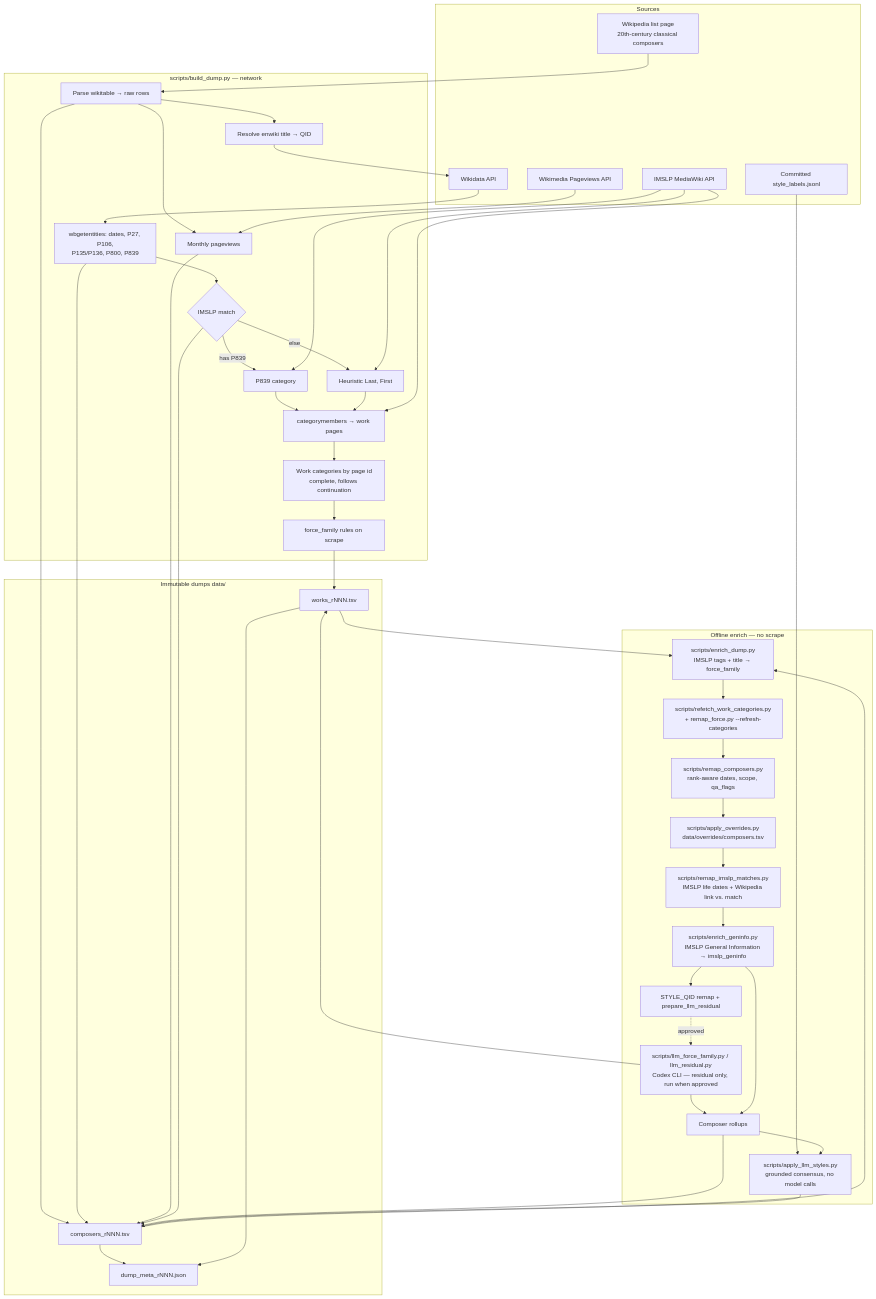
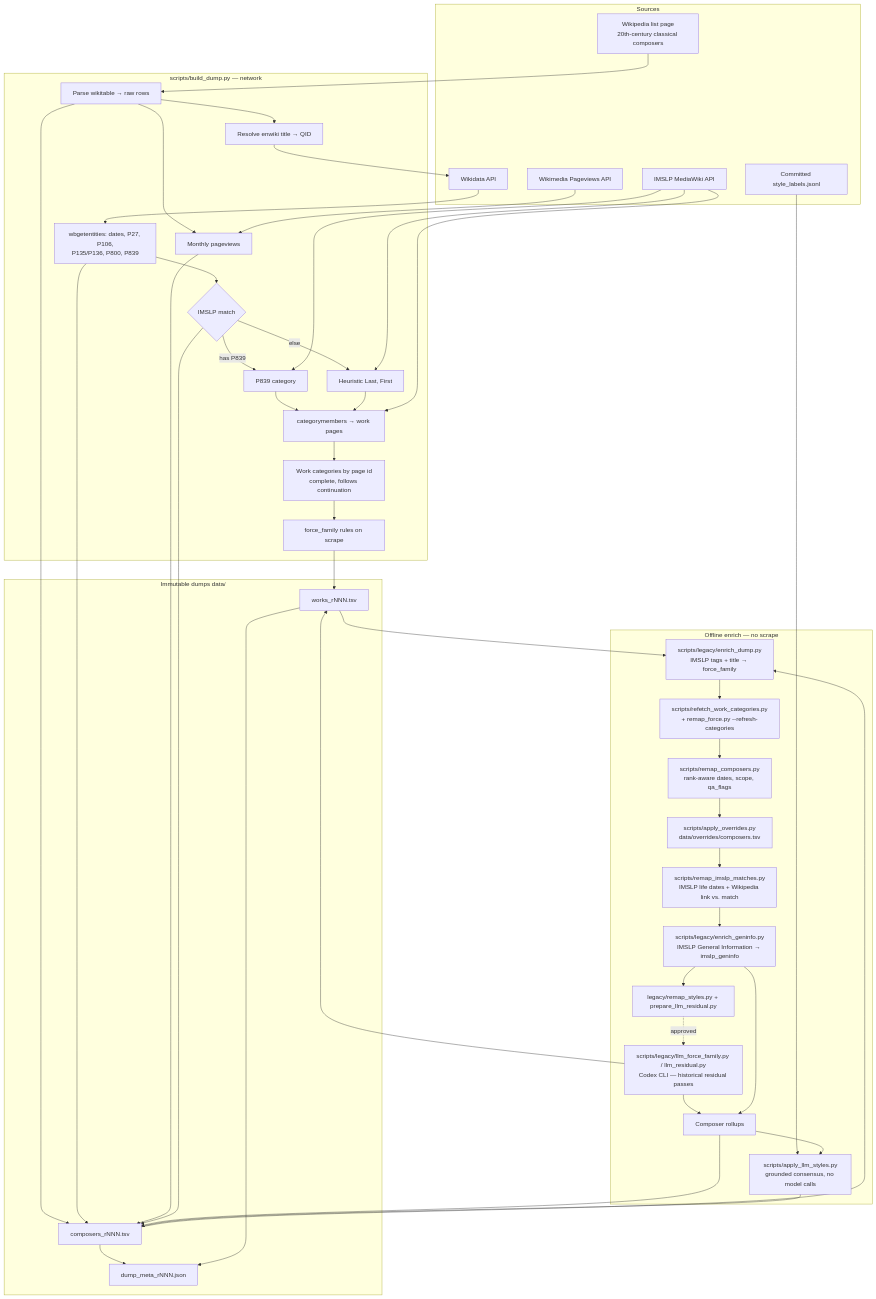
One commit to egorpol/eu-pd-composers changed the first of 2 diagrams in docs/PIPELINE.md. Above: the diagram before and after it, drawn with Mermaid. The commit also changed other lines of this file and 19 other files, not shown here.

First line of the commit message:
Move one-off scripts to scripts/legacy and refresh the docs for r015.

````diff
--- a/docs/PIPELINE.md
+++ b/docs/PIPELINE.md
@@ -7,69 +9,69 @@
 ```mermaid
 flowchart TB
   subgraph sources [Sources]
     WIKI[Wikipedia list page<br/>20th-century classical composers]
     WD[Wikidata API]
     PV[Wikimedia Pageviews API]
     IMSLP[IMSLP MediaWiki API]
     LEDGER[Committed style_labels.jsonl]
   end
 
   subgraph scrape [scripts/build_dump.py — network]
     PARSE[Parse wikitable → raw rows]
     QID[Resolve enwiki title → QID]
     ENRICH[wbgetentities: dates, P27, P106,<br/>P135/P136, P800, P839]
     PAGEVIEWS[Monthly pageviews]
     MATCH{IMSLP match}
     P839[P839 category]
     HEUR[Heuristic Last, First]
     WORKS[categorymembers → work pages]
     CATS[Work categories by page id<br/>complete, follows continuation]
     FF1[force_family rules on scrape]
   end
 
   subgraph offline [Offline enrich — no scrape]
-    ENR[scripts/enrich_dump.py<br/>IMSLP tags + title → force_family]
-    GI[scripts/enrich_geninfo.py<br/>IMSLP General Information → imslp_geninfo]
-    STY[STYLE_QID remap + prepare_llm_residual]
+    ENR[scripts/legacy/enrich_dump.py<br/>IMSLP tags + title → force_family]
+    GI[scripts/legacy/enrich_geninfo.py<br/>IMSLP General Information → imslp_geninfo]
+    STY[legacy/remap_styles.py + prepare_llm_residual.py]
     REFRESH["scripts/refetch_work_categories.py<br/>+ remap_force.py --refresh-categories"]
     WDREMAP[scripts/remap_composers.py<br/>rank-aware dates, scope, qa_flags]
     OVR[scripts/apply_overrides.py<br/>data/overrides/composers.tsv]
     IDENT[scripts/remap_imslp_matches.py<br/>IMSLP life dates + Wikipedia link vs. match]
     STYLEREPLAY[scripts/apply_llm_styles.py<br/>grounded consensus, no model calls]
-    LLM[scripts/llm_force_family.py / llm_residual.py<br/>Codex CLI — residual only, run when approved]
+    LLM[scripts/legacy/llm_force_family.py / llm_residual.py<br/>Codex CLI — historical residual passes]
     ROLL[Composer rollups]
   end
 
   subgraph out [Immutable dumps data/]
     C[composers_rNNN.tsv]
     WK[works_rNNN.tsv]
     META[dump_meta_rNNN.json]
   end
 
   WIKI --> PARSE --> QID
   QID --> WD --> ENRICH
   PARSE --> PAGEVIEWS
   PV --> PAGEVIEWS
   ENRICH --> MATCH
   MATCH -->|has P839| P839 --> WORKS
   MATCH -->|else| HEUR --> WORKS
   IMSLP --> P839
   IMSLP --> HEUR
   IMSLP --> WORKS --> CATS --> FF1
   PARSE --> C
   ENRICH --> C
   PAGEVIEWS --> C
   MATCH --> C
   FF1 --> WK
   C --> ENR
   WK --> ENR
   ENR --> REFRESH --> WDREMAP --> OVR --> IDENT --> GI --> STY
   STY -.->|approved| LLM
   LLM --> ROLL --> C
   LLM --> WK
   GI --> ROLL
   LEDGER --> STYLEREPLAY
   ROLL --> STYLEREPLAY --> C
   C --> META
   WK --> META
 ```
````
